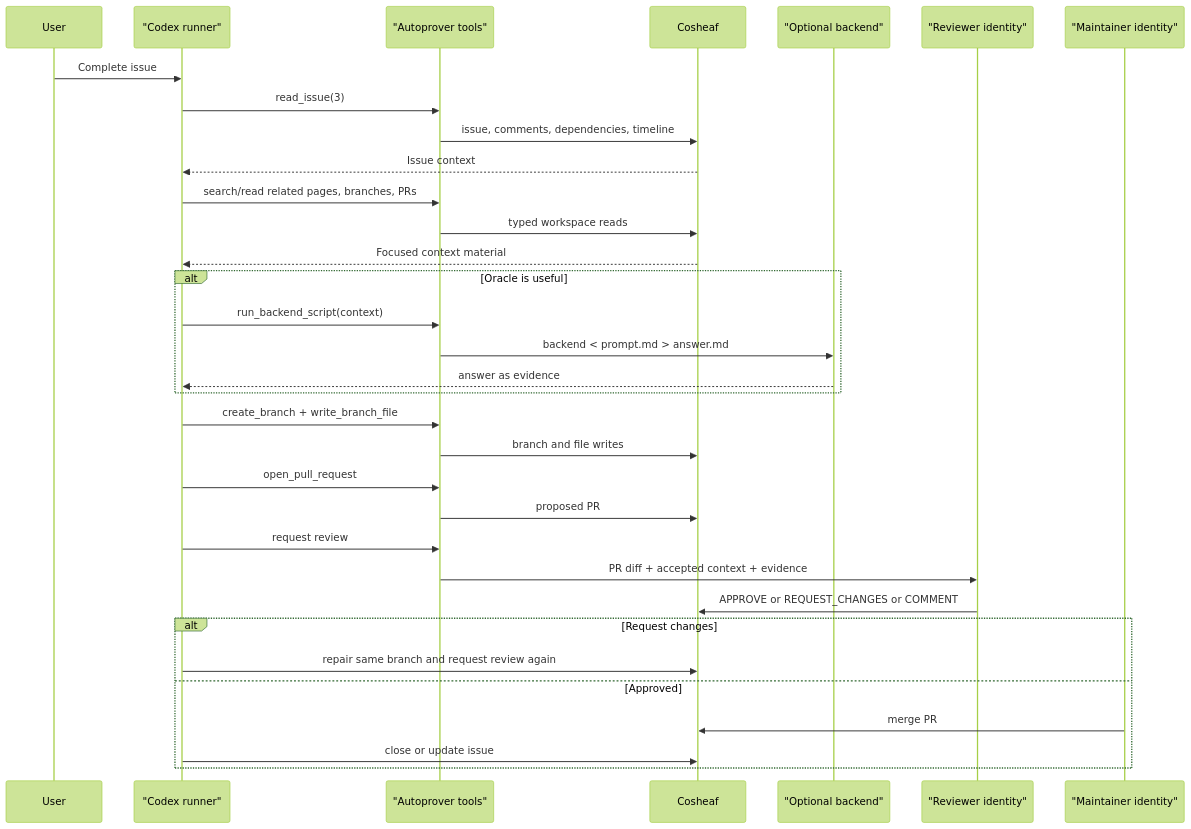
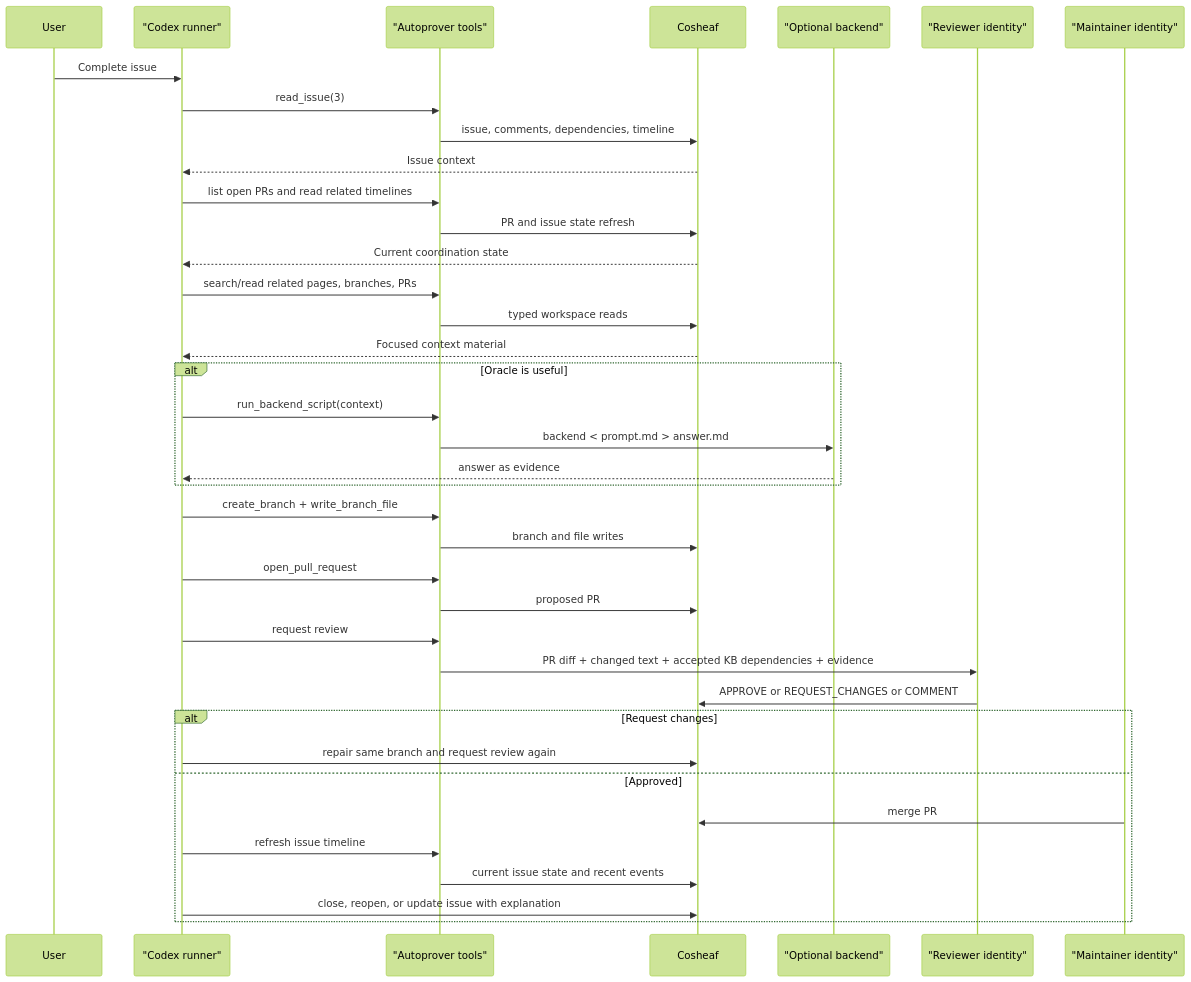
Before and after one commit to chaoxu/coverify: the diagram in docs/design.md, drawn with Mermaid (forest theme). The commit also changed other lines of this file and 36 other files, not shown here.

````diff
--- a/docs/design.md
+++ b/docs/design.md
@@ -572,39 +562,44 @@
 ```mermaid
 sequenceDiagram
     participant User
     participant Runner as "Codex runner"
     participant Tools as "Autoprover tools"
     participant Cosheaf
     participant Backend as "Optional backend"
     participant Reviewer as "Reviewer identity"
     participant Maintainer as "Maintainer identity"
 
     User->>Runner: Complete issue #3
     Runner->>Tools: read_issue(3)
     Tools->>Cosheaf: issue, comments, dependencies, timeline
     Cosheaf-->>Runner: Issue context
+    Runner->>Tools: list open PRs and read related timelines
+    Tools->>Cosheaf: PR and issue state refresh
+    Cosheaf-->>Runner: Current coordination state
     Runner->>Tools: search/read related pages, branches, PRs
     Tools->>Cosheaf: typed workspace reads
     Cosheaf-->>Runner: Focused context material
 
     alt Oracle is useful
         Runner->>Tools: run_backend_script(context)
         Tools->>Backend: backend < prompt.md > answer.md
         Backend-->>Runner: answer as evidence
     end
 
     Runner->>Tools: create_branch + write_branch_file
     Tools->>Cosheaf: branch and file writes
     Runner->>Tools: open_pull_request
     Tools->>Cosheaf: proposed PR
     Runner->>Tools: request review
-    Tools->>Reviewer: PR diff + accepted context + evidence
+    Tools->>Reviewer: PR diff + changed text + accepted KB dependencies + evidence
     Reviewer->>Cosheaf: APPROVE or REQUEST_CHANGES or COMMENT
 
     alt Request changes
         Runner->>Cosheaf: repair same branch and request review again
     else Approved
         Maintainer->>Cosheaf: merge PR
-        Runner->>Cosheaf: close or update issue
+        Runner->>Tools: refresh issue timeline
+        Tools->>Cosheaf: current issue state and recent events
+        Runner->>Cosheaf: close, reopen, or update issue with explanation
     end
 ```
````
